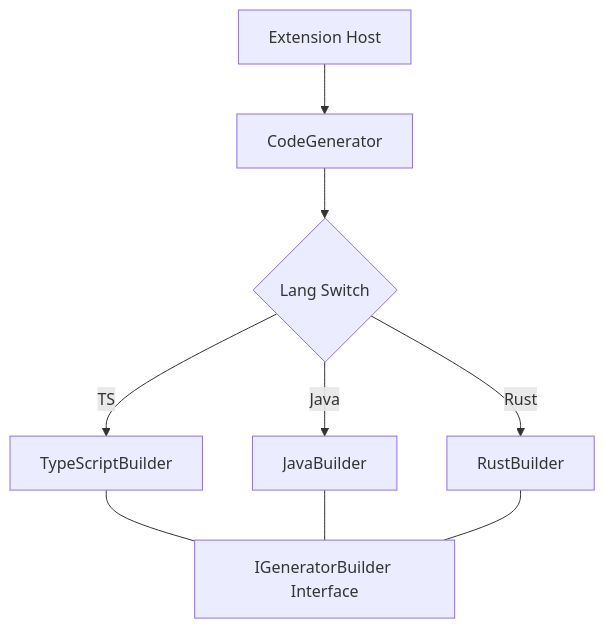
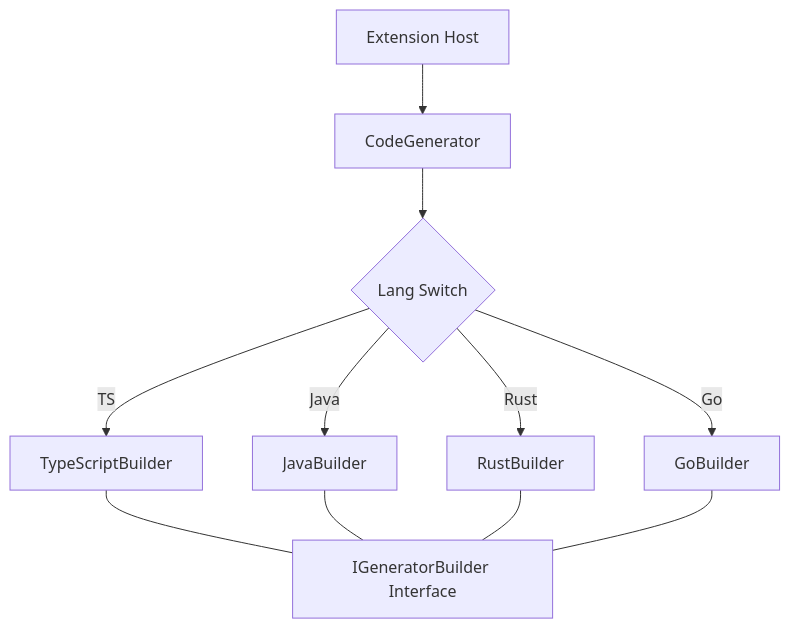
One commit to RETO2520/VSCodeClassDiagram changed the diagram in .spec-workflow/specs/code-generation-engine/design.md. Above: the diagram before and after it, drawn with Mermaid. The commit also changed 5 other files, not shown here.

````diff
--- a/.spec-workflow/specs/code-generation-engine/design.md
+++ b/.spec-workflow/specs/code-generation-engine/design.md
@@ -21,11 +21,13 @@
 ```mermaid
 graph TD
     A[Extension Host] --> B[CodeGenerator]
     B --> C{Lang Switch}
     C -->|TS| D[TypeScriptBuilder]
     C -->|Java| E[JavaBuilder]
     C -->|Rust| F[RustBuilder]
+    C -->|Go| H[GoBuilder]
     D --- G[IGeneratorBuilder Interface]
     E --- G
     F --- G
+    H --- G
 ```
````
